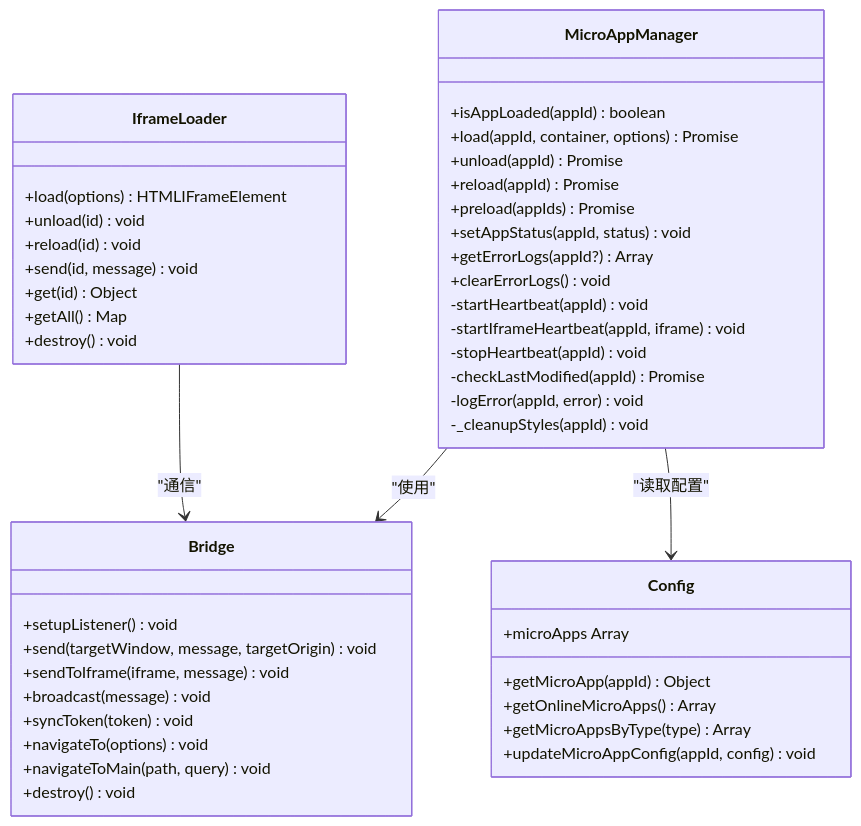
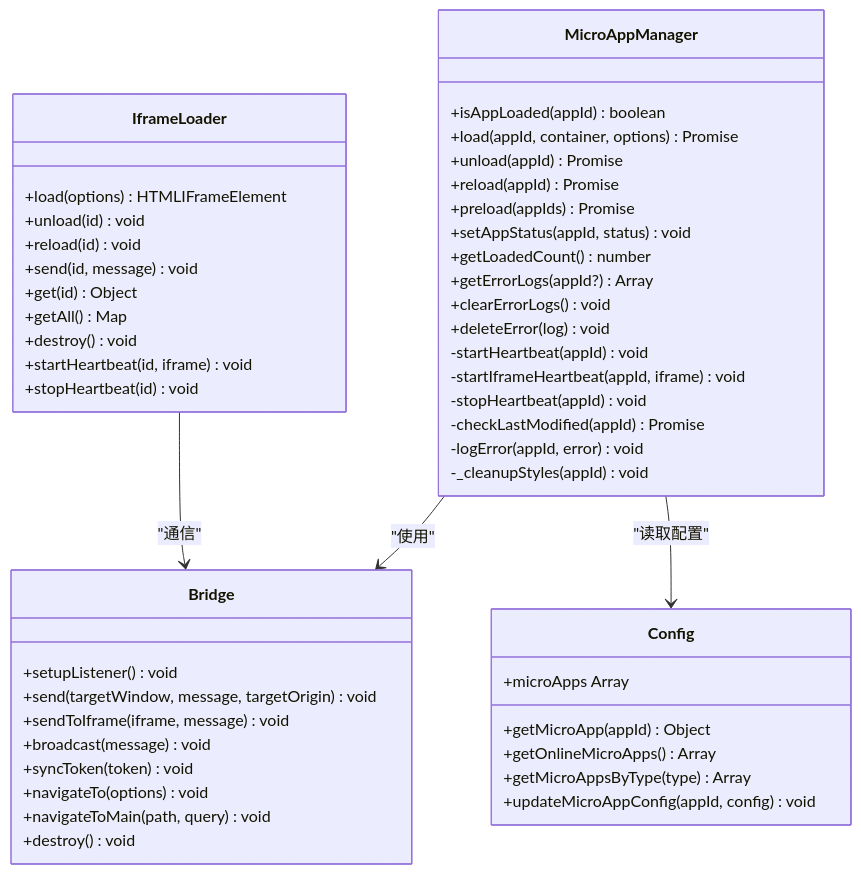
The second of 6 diagrams in .qoder/repowiki/zh/content/核心组件/微应用管理器/微应用管理器.md (my-Sitara/artisan-base-frontend), drawn with Mermaid before and after one commit. The commit also changed other lines of this file and 25 other files, not shown here.

````diff
--- a/.qoder/repowiki/zh/content/核心组件/微应用管理器/微应用管理器.md
+++ b/.qoder/repowiki/zh/content/核心组件/微应用管理器/微应用管理器.md
@@ -85,48 +93,52 @@
 ```mermaid
 classDiagram
 class MicroAppManager {
 +isAppLoaded(appId) boolean
 +load(appId, container, options) Promise
 +unload(appId) Promise
 +reload(appId) Promise
 +preload(appIds) Promise
 +setAppStatus(appId, status) void
++getLoadedCount() number
 +getErrorLogs(appId?) Array
 +clearErrorLogs() void
++deleteError(log) void
 -startHeartbeat(appId) void
 -startIframeHeartbeat(appId, iframe) void
 -stopHeartbeat(appId) void
 -checkLastModified(appId) Promise
 -logError(appId, error) void
 -_cleanupStyles(appId) void
 }
 class Bridge {
 +setupListener() void
 +send(targetWindow, message, targetOrigin) void
 +sendToIframe(iframe, message) void
 +broadcast(message) void
 +syncToken(token) void
 +navigateTo(options) void
 +navigateToMain(path, query) void
 +destroy() void
 }
 class IframeLoader {
 +load(options) HTMLIFrameElement
 +unload(id) void
 +reload(id) void
 +send(id, message) void
 +get(id) Object
 +getAll() Map
 +destroy() void
++startHeartbeat(id, iframe) void
++stopHeartbeat(id) void
 }
 class Config {
 +microApps Array
 +getMicroApp(appId) Object
 +getOnlineMicroApps() Array
 +getMicroAppsByType(type) Array
 +updateMicroAppConfig(appId, config) void
 }
 MicroAppManager --> Bridge : "使用"
 MicroAppManager --> Config : "读取配置"
 IframeLoader --> Bridge : "通信"
 ```
````
